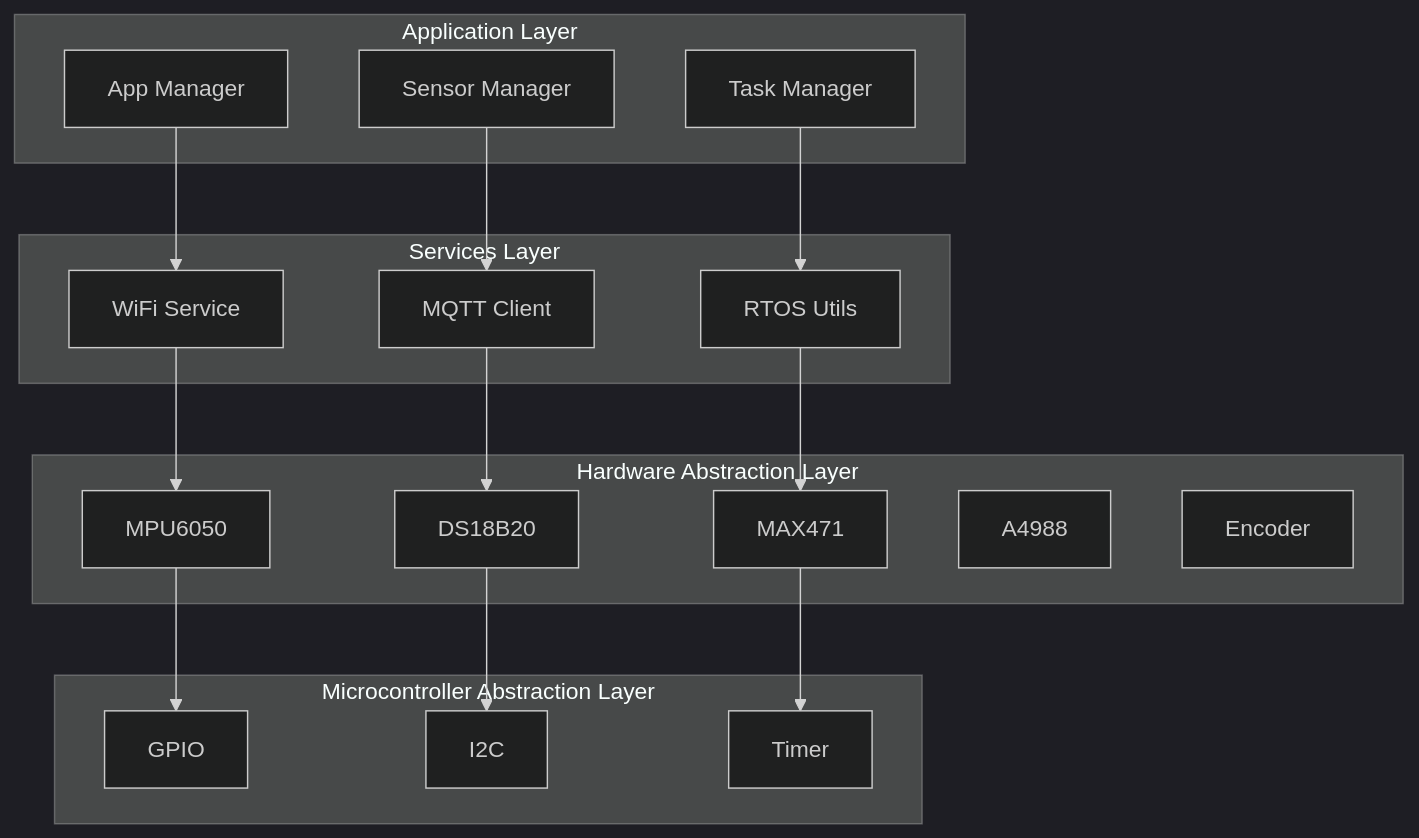
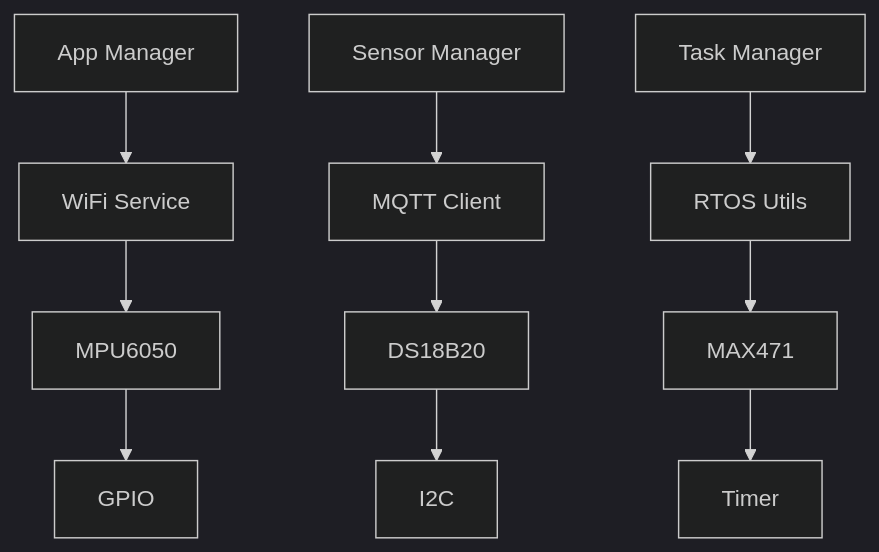
Before and after one commit to abdo-sayed1/Industrial_Predictive_Maintenance_AIoT: the first of 9 diagrams in README.md, drawn with Mermaid (dark theme). The commit also changed other lines of this file, not shown here.

````diff
--- a/README.md
+++ b/README.md
@@ -120,38 +119,12 @@
 ```mermaid
 graph TB
-    subgraph "Application Layer"
-        A1[App Manager]
-        A2[Sensor Manager]
-        A3[Task Manager]
-    end
-    
-    subgraph "Services Layer"
-        B1[WiFi Service]
-        B2[MQTT Client]
-        B3[RTOS Utils]
-    end
-    
-    subgraph "Hardware Abstraction Layer"
-        C1[MPU6050]
-        C2[DS18B20]
-        C3[MAX471]
-        C4[A4988]
-        C5[Encoder]
-    end
-    
-    subgraph "Microcontroller Abstraction Layer"
-        D1[GPIO]
-        D2[I2C]
-        D3[Timer]
-    end
-    
-    A1 --> B1
-    A2 --> B2
-    A3 --> B3
-    B1 --> C1
-    B2 --> C2
-    B3 --> C3
-    C1 --> D1
-    C2 --> D2
-    C3 --> D3
+    A1[App Manager] --> B1[WiFi Service]
+    A2[Sensor Manager] --> B2[MQTT Client]
+    A3[Task Manager] --> B3[RTOS Utils]
+    B1 --> C1[MPU6050]
+    B2 --> C2[DS18B20]
+    B3 --> C3[MAX471]
+    C1 --> D1[GPIO]
+    C2 --> D2[I2C]
+    C3 --> D3[Timer]
 ```
````
